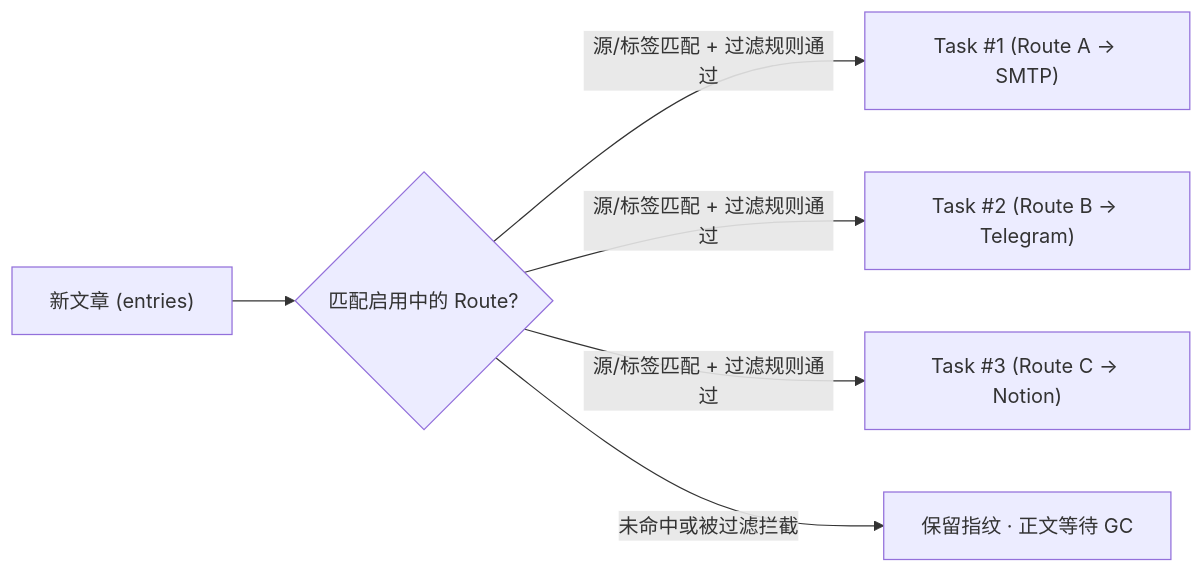
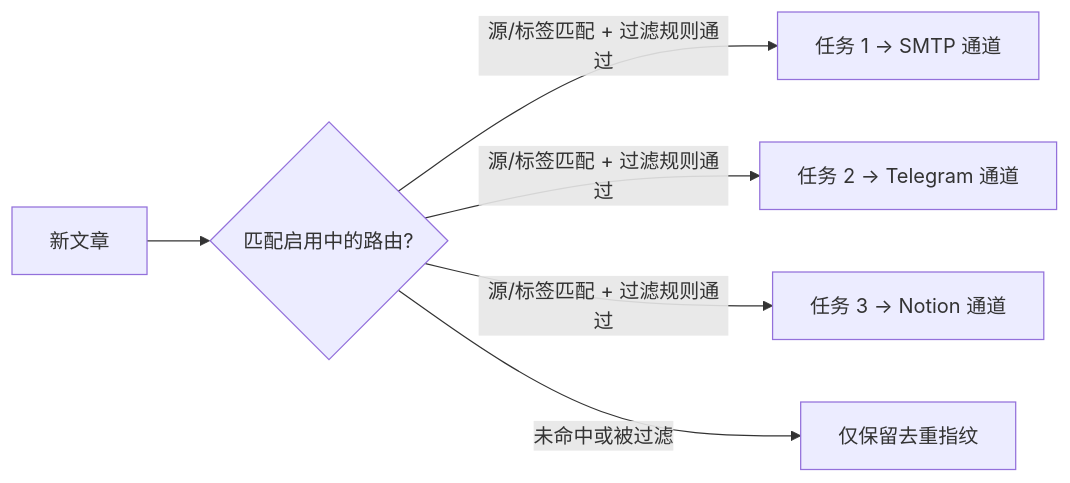
One commit to ElleryHe/FeedCourier changed the diagram in docs/zh/channels/pacing-and-quotas.md. Above: the diagram before and after it, drawn with Mermaid. The commit also changed other lines of this file and 57 other files, not shown here.

````diff
--- a/docs/zh/channels/pacing-and-quotas.md
+++ b/docs/zh/channels/pacing-and-quotas.md
@@ -13,8 +13,8 @@
 ```mermaid
 flowchart LR
-    Entry["新文章 (entries)"] --> Eval{"匹配启用中的 Route?"}
-    Eval -->|"源/标签匹配 + 过滤规则通过"| T1["Task #1 (Route A -> SMTP)"]
-    Eval -->|"源/标签匹配 + 过滤规则通过"| T2["Task #2 (Route B -> Telegram)"]
-    Eval -->|"源/标签匹配 + 过滤规则通过"| T3["Task #3 (Route C -> Notion)"]
-    Eval -->|"未命中或被过滤拦截"| Purge["保留指纹 · 正文等待 GC"]
+    Entry["新文章"] --> Eval{"匹配启用中的路由?"}
+    Eval -->|"源/标签匹配 + 过滤规则通过"| T1["任务 1 -> SMTP 通道"]
+    Eval -->|"源/标签匹配 + 过滤规则通过"| T2["任务 2 -> Telegram 通道"]
+    Eval -->|"源/标签匹配 + 过滤规则通过"| T3["任务 3 -> Notion 通道"]
+    Eval -->|"未命中或被过滤"| Skip["仅保留去重指纹"]
 ```
````
